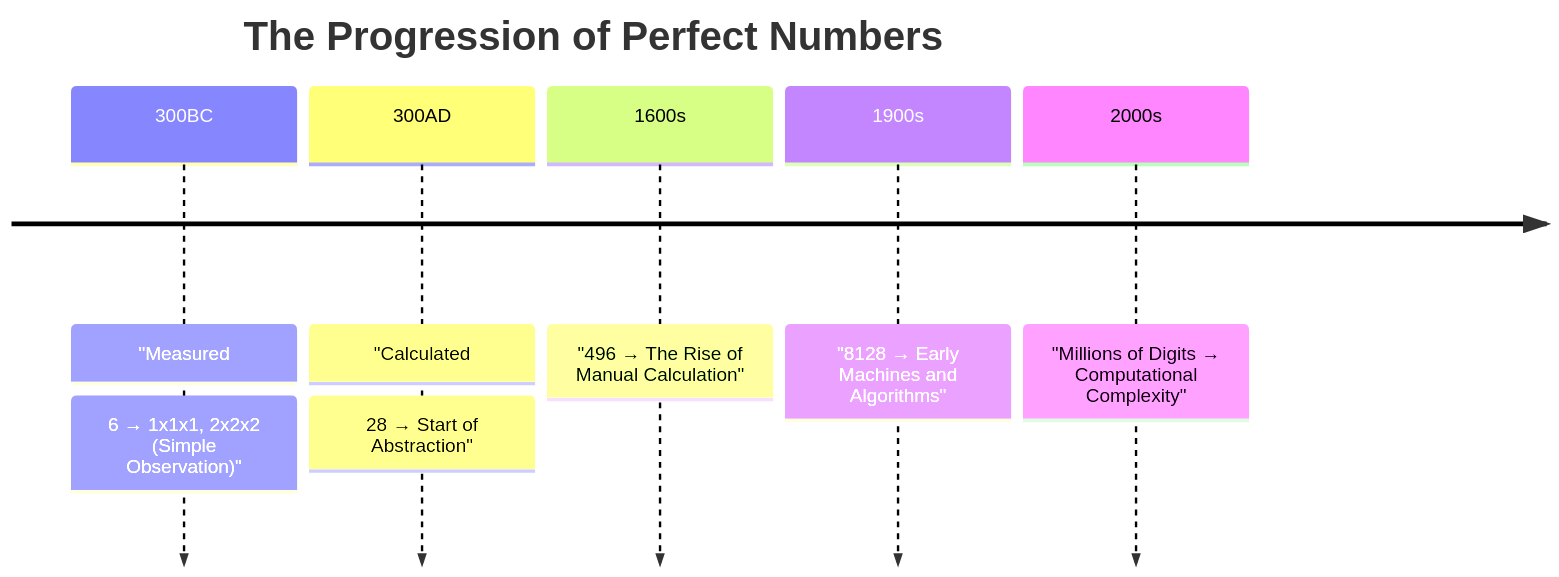
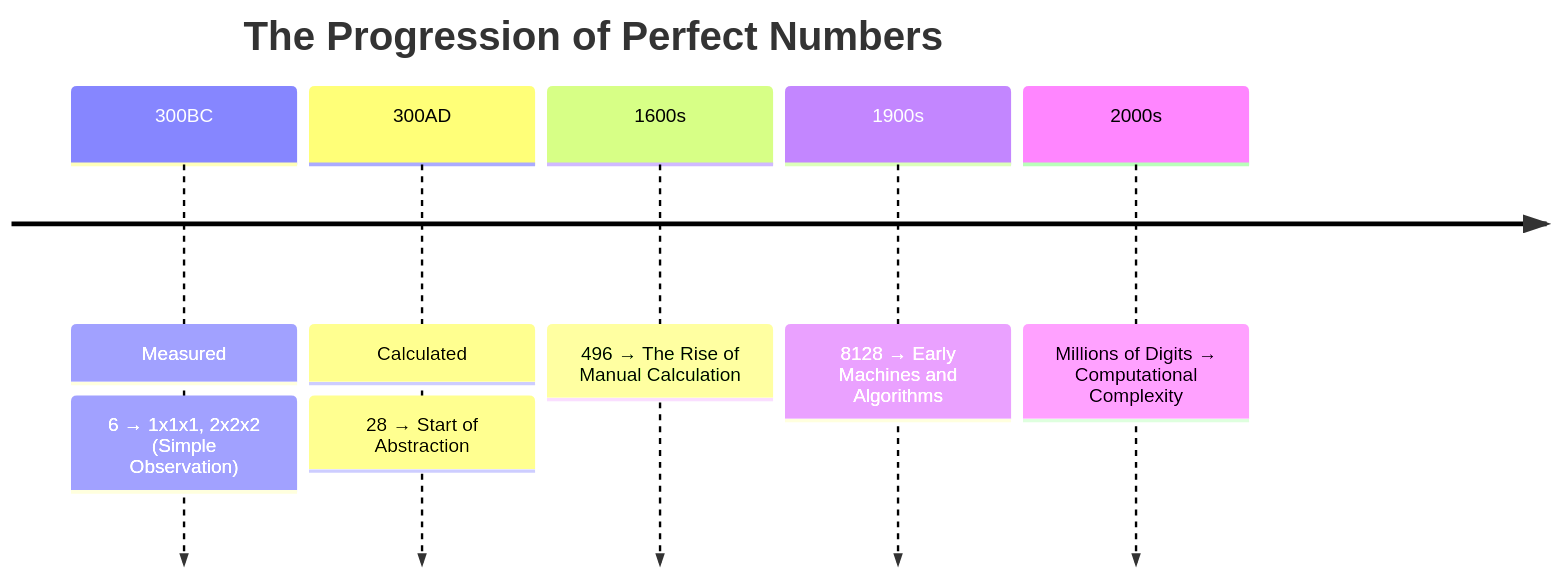
Before and after one commit to ConicuConsulting/SlappAI: the first of 2 diagrams in Perfection.md, drawn with Mermaid.

````diff
--- a/Perfection.md
+++ b/Perfection.md
@@ -32,9 +32,9 @@
 ```mermaid  
 timeline  
     title The Progression of Perfect Numbers  
-    300BC  : "Measured: 6 → 1x1x1, 2x2x2 (Simple Observation)"  
-    300AD  : "Calculated: 28 → Start of Abstraction"  
-    1600s  : "496 → The Rise of Manual Calculation"  
-    1900s  : "8128 → Early Machines and Algorithms"  
-    2000s  : "Millions of Digits → Computational Complexity"  
+    300BC  : Measured: 6 → 1x1x1, 2x2x2 (Simple Observation)  
+    300AD  : Calculated: 28 → Start of Abstraction 
+    1600s  : 496 → The Rise of Manual Calculation 
+    1900s  : 8128 → Early Machines and Algorithms  
+    2000s  : Millions of Digits → Computational Complexity 
 ```  
````
